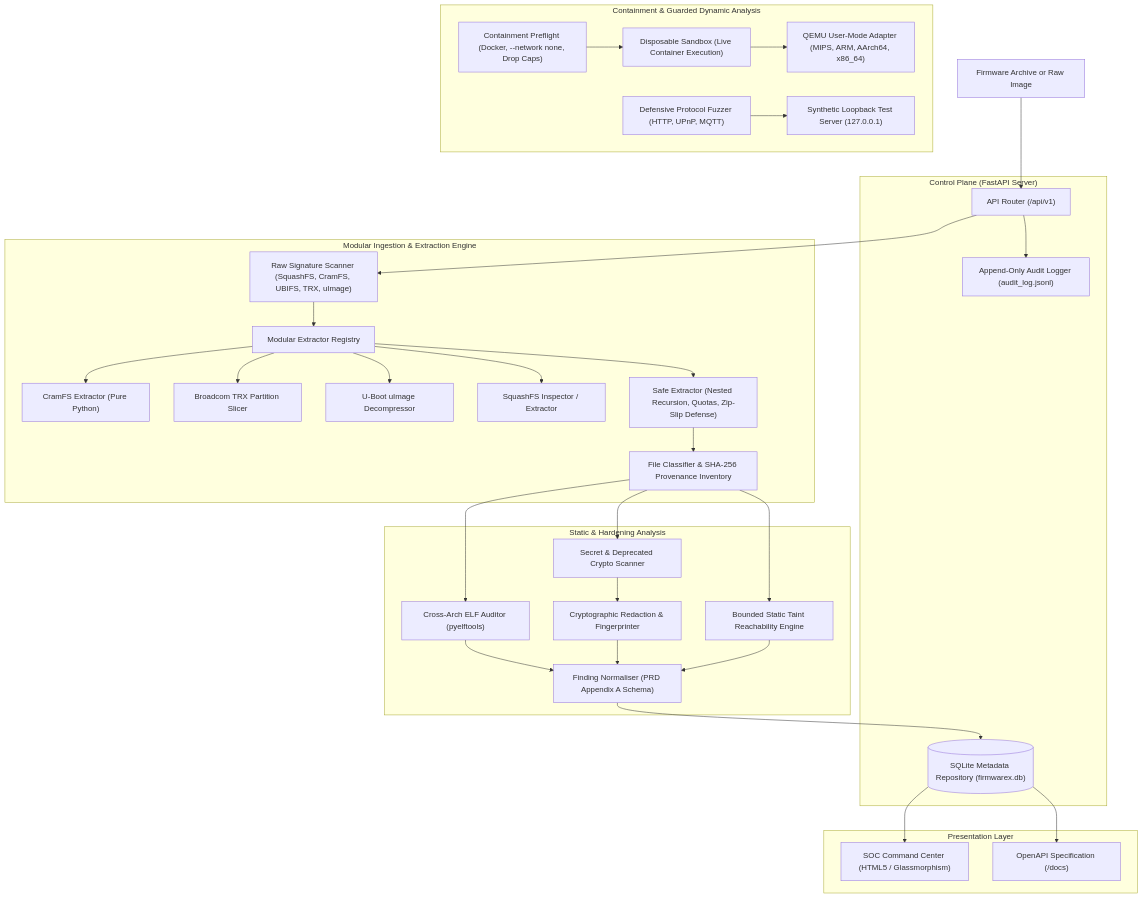
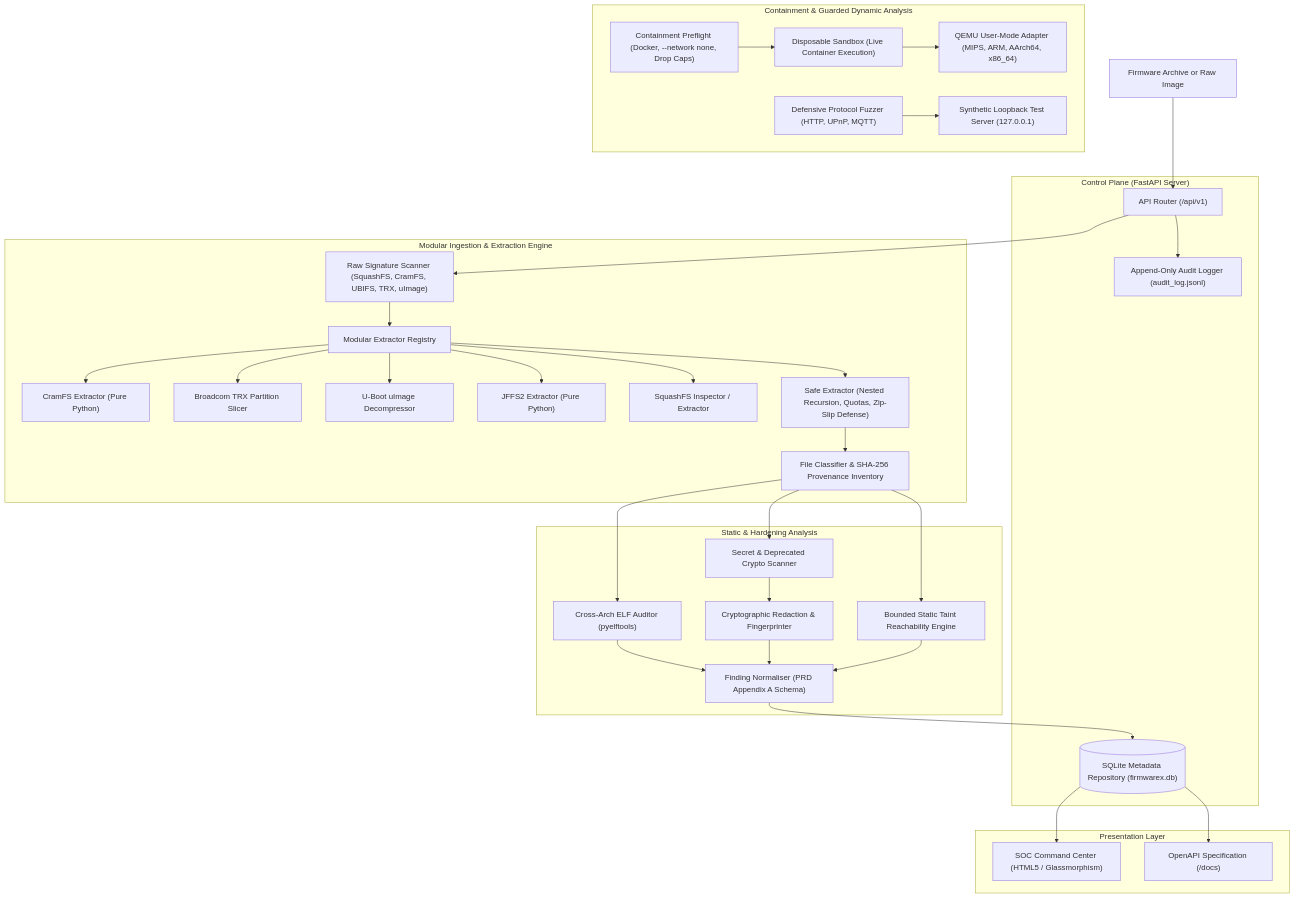
One commit to HalaNaaz/FirmwareX- changed the diagram in ARCHITECTURE.md. Above: the diagram before and after it, drawn with Mermaid. The commit also changed other lines of this file and 23 other files, not shown here.

Commit message:
feat(core): complete Phase 5 PRD compliance, pure-Python JFFS2 extraction, and fuzzing validation

````diff
--- a/ARCHITECTURE.md
+++ b/ARCHITECTURE.md
@@ -7,64 +7,66 @@
 ```mermaid
 flowchart TD
     subgraph UI ["Presentation Layer"]
         WebDashboard["SOC Command Center (HTML5 / Glassmorphism)"]
         SwaggerUI["OpenAPI Specification (/docs)"]
     end
 
     subgraph ControlPlane ["Control Plane (FastAPI Server)"]
         Router["API Router (/api/v1)"]
         AuditLog["Append-Only Audit Logger (audit_log.jsonl)"]
         StorageEngine[("SQLite Metadata Repository (firmwarex.db)")]
     end
 
     subgraph IngestionLayer ["Modular Ingestion & Extraction Engine"]
         RawDetector["Raw Signature Scanner (SquashFS, CramFS, UBIFS, TRX, uImage)"]
         ExtractorRegistry["Modular Extractor Registry"]
         CramfsExt["CramFS Extractor (Pure Python)"]
         TrxExt["Broadcom TRX Partition Slicer"]
         UImageExt["U-Boot uImage Decompressor"]
+        Jffs2Ext["JFFS2 Extractor (Pure Python)"]
         SquashfsExt["SquashFS Inspector / Extractor"]
         SafeExtractor["Safe Extractor (Nested Recursion, Quotas, Zip-Slip Defense)"]
         FileInventory["File Classifier & SHA-256 Provenance Inventory"]
     end
 
     subgraph StaticAnalysisLayer ["Static & Hardening Analysis"]
         ELFAuditor["Cross-Arch ELF Auditor (pyelftools)"]
         SecretScanner["Secret & Deprecated Crypto Scanner"]
         Redactor["Cryptographic Redaction & Fingerprinter"]
         Normaliser["Finding Normaliser (PRD Appendix A Schema)"]
         SymbolicAnalyzer["Bounded Static Taint Reachability Engine"]
     end
 
     subgraph DynamicContainmentLayer ["Containment & Guarded Dynamic Analysis"]
         Preflight["Containment Preflight (Docker, --network none, Drop Caps)"]
         DisposableSandbox["Disposable Sandbox (Live Container Execution)"]
         QemuAdapter["QEMU User-Mode Adapter (MIPS, ARM, AArch64, x86_64)"]
         ProtocolFuzzer["Defensive Protocol Fuzzer (HTTP, UPnP, MQTT)"]
         SyntheticServer["Synthetic Loopback Test Server (127.0.0.1)"]
     end
 
     FirmwareFile["Firmware Archive or Raw Image"] --> Router
     Router --> RawDetector
     RawDetector --> ExtractorRegistry
     ExtractorRegistry --> CramfsExt
     ExtractorRegistry --> TrxExt
     ExtractorRegistry --> UImageExt
+    ExtractorRegistry --> Jffs2Ext
     ExtractorRegistry --> SquashfsExt
     ExtractorRegistry --> SafeExtractor
     SafeExtractor --> FileInventory
     FileInventory --> ELFAuditor
     FileInventory --> SecretScanner
     FileInventory --> SymbolicAnalyzer
     SecretScanner --> Redactor
     ELFAuditor --> Normaliser
     Redactor --> Normaliser
     SymbolicAnalyzer --> Normaliser
     Normaliser --> StorageEngine
     Router --> AuditLog
     Preflight --> DisposableSandbox
     DisposableSandbox --> QemuAdapter
     ProtocolFuzzer --> SyntheticServer
     StorageEngine --> WebDashboard
     StorageEngine --> SwaggerUI
 ```
````
